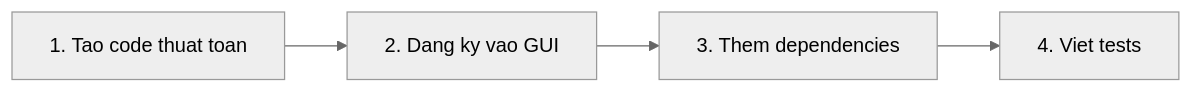
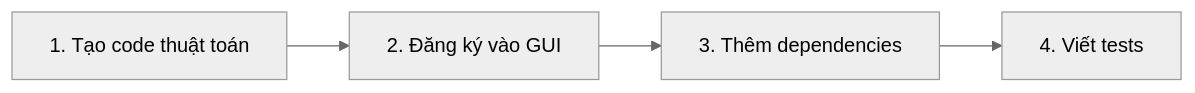
Before and after one commit to FinDaHuman/weka-spade: the first of 4 diagrams in spade_reproduction_guide.md, drawn with Mermaid (neutral theme). The commit also changed other lines of this file and 2 other files, not shown here.

````diff
--- a/spade_reproduction_guide.md
+++ b/spade_reproduction_guide.md
@@ -27,6 +27,6 @@
 ```mermaid
 flowchart LR
-    A["1. Tao code thuat toan"] --> B["2. Dang ky vao GUI"]
-    B --> C["3. Them dependencies"]
-    C --> D["4. Viet tests"]
+    A["1. Tạo code thuật toán"] --> B["2. Đăng ký vào GUI"]
+    B --> C["3. Thêm dependencies"]
+    C --> D["4. Viết tests"]
 ```
````
